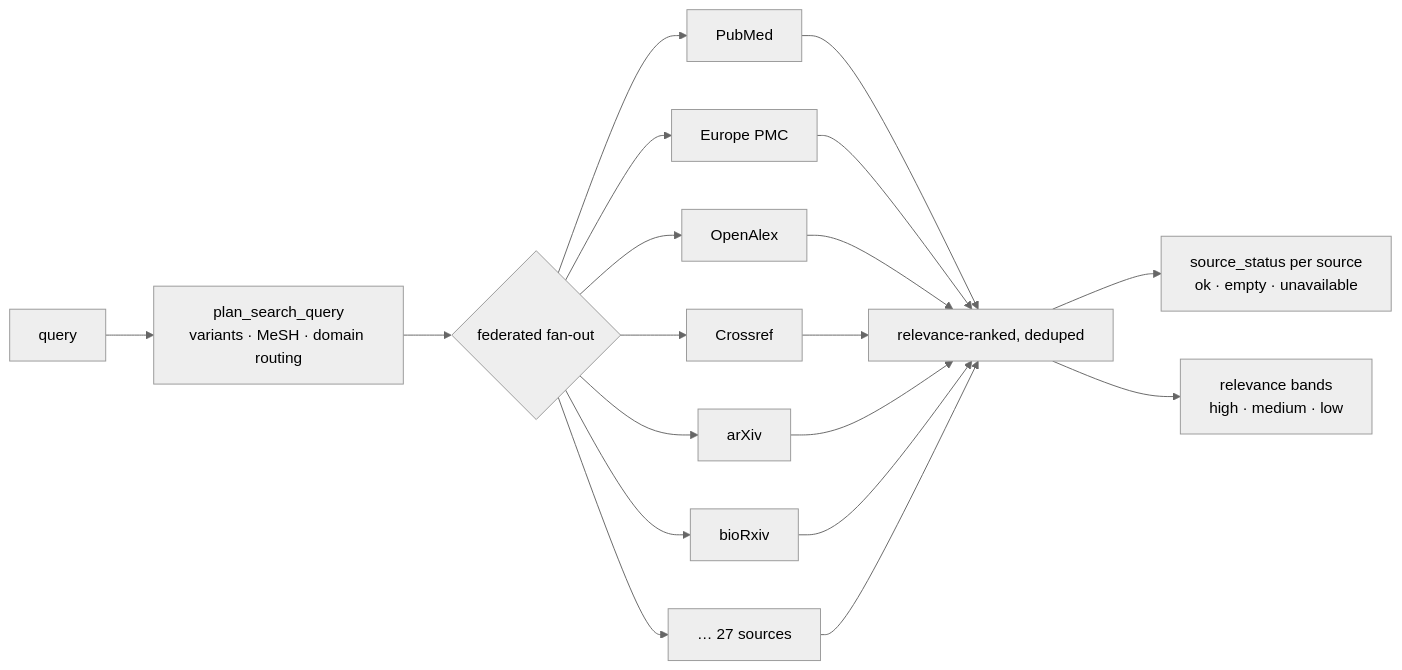
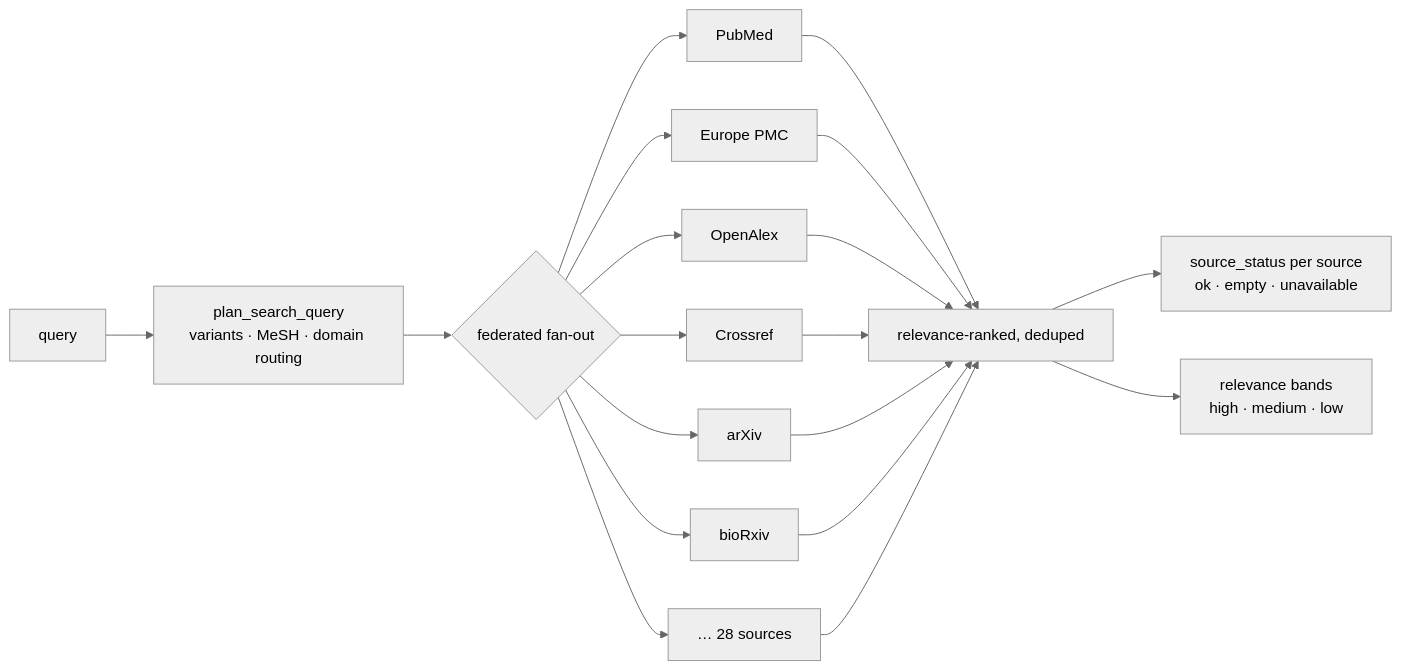
The third of 7 diagrams in README.md (drb253/research-stack), drawn with Mermaid (neutral theme) before and after one commit. The commit also changed other lines of this file and 55 other files, not shown here.

````diff
--- a/README.md
+++ b/README.md
@@ -270,9 +270,9 @@
 ```mermaid
 flowchart LR
     Q["query"] --> P["plan_search_query<br/>variants · MeSH · domain routing"]
     P --> F{"federated fan-out"}
-    F --> S1[PubMed] & S2[Europe PMC] & S3[OpenAlex] & S4[Crossref] & S5[arXiv] & S6[bioRxiv] & SX["… 27 sources"]
+    F --> S1[PubMed] & S2[Europe PMC] & S3[OpenAlex] & S4[Crossref] & S5[arXiv] & S6[bioRxiv] & SX["… 28 sources"]
     S1 & S2 & S3 & S4 & S5 & S6 & SX --> R["relevance-ranked, deduped"]
     R --> ST["source_status per source<br/>ok · empty · unavailable"]
     R --> RB["relevance bands<br/>high · medium · low"]
 ```
````
